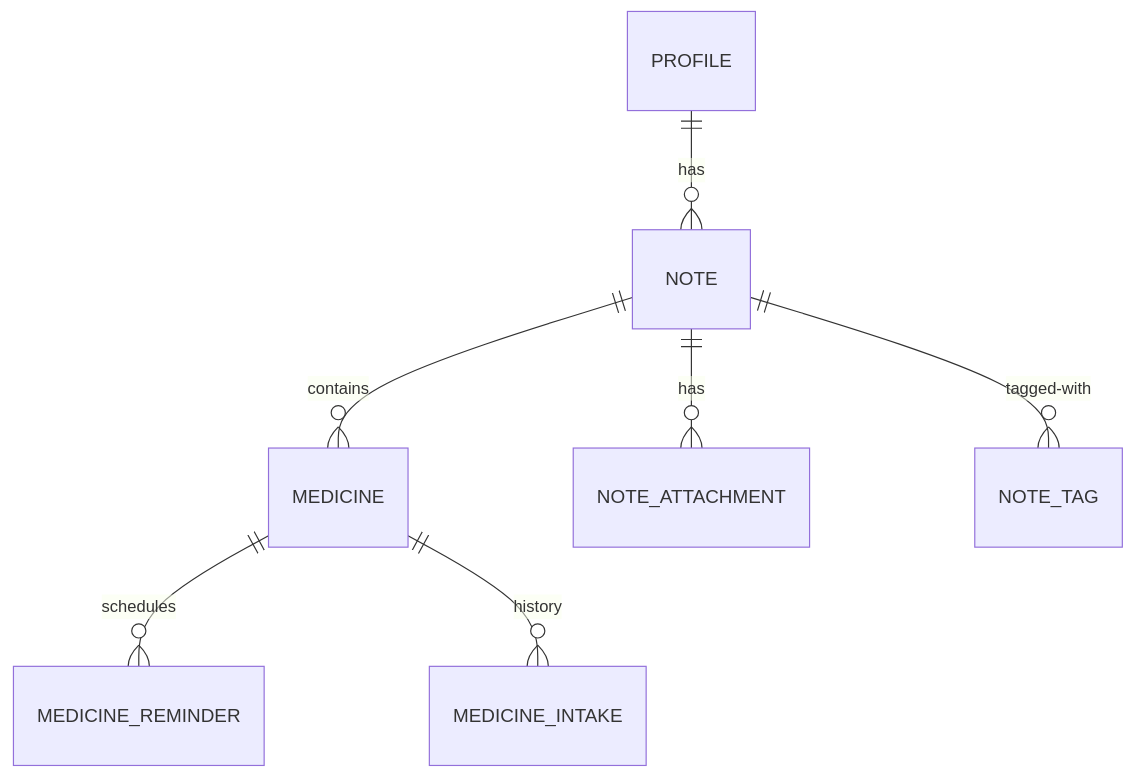
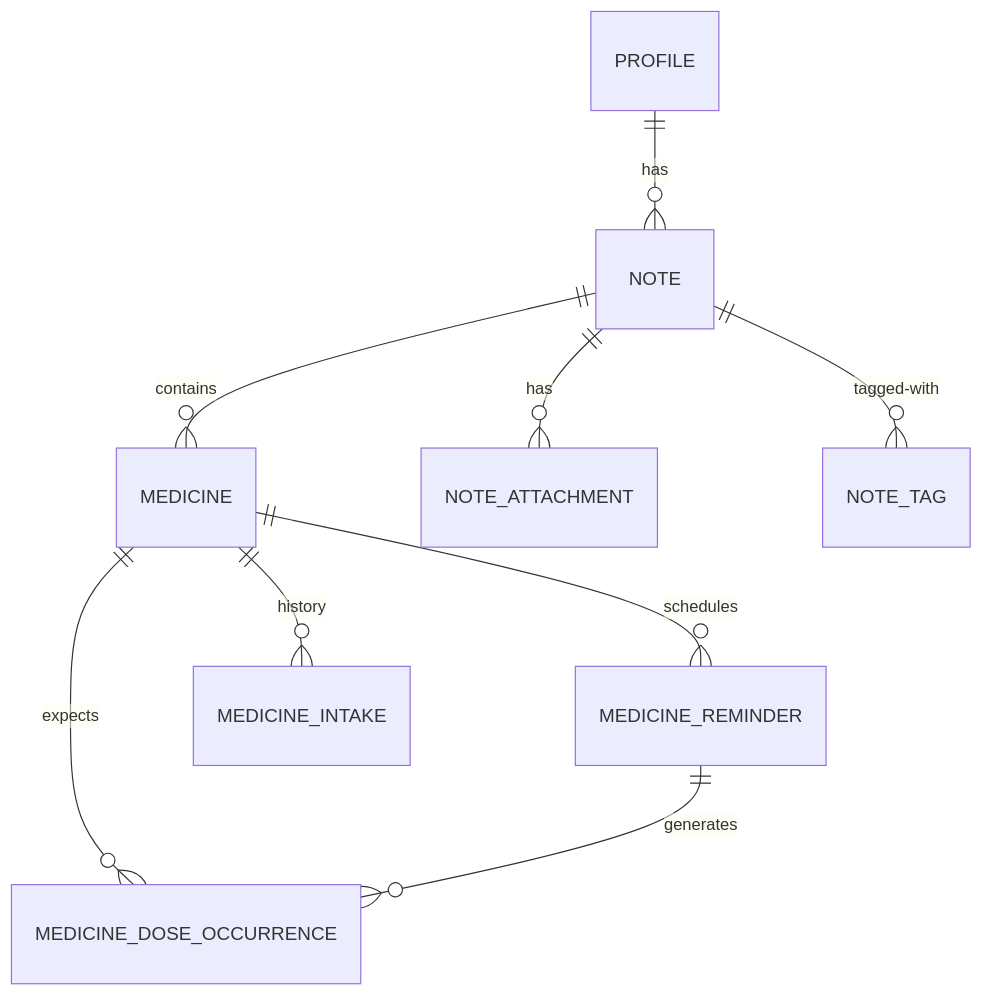
One commit to rh-id/a-medic-log changed the third of 3 diagrams in README.md. Above: the diagram before and after it, drawn with Mermaid. The commit also changed other lines of this file and 48 other files, not shown here.

First line of the commit message:
feat: dose occurrence tracking fixes adherence quirks (#12)

````diff
--- a/README.md
+++ b/README.md
@@ -181,9 +182,11 @@
 ```mermaid
 erDiagram
     PROFILE ||--o{ NOTE : has
     NOTE ||--o{ MEDICINE : contains
     NOTE ||--o{ NOTE_ATTACHMENT : has
     MEDICINE ||--o{ MEDICINE_REMINDER : schedules
     MEDICINE ||--o{ MEDICINE_INTAKE : history
+    MEDICINE ||--o{ MEDICINE_DOSE_OCCURRENCE : expects
+    MEDICINE_REMINDER ||--o{ MEDICINE_DOSE_OCCURRENCE : generates
     NOTE ||--o{ NOTE_TAG : "tagged-with"
 ```
````
